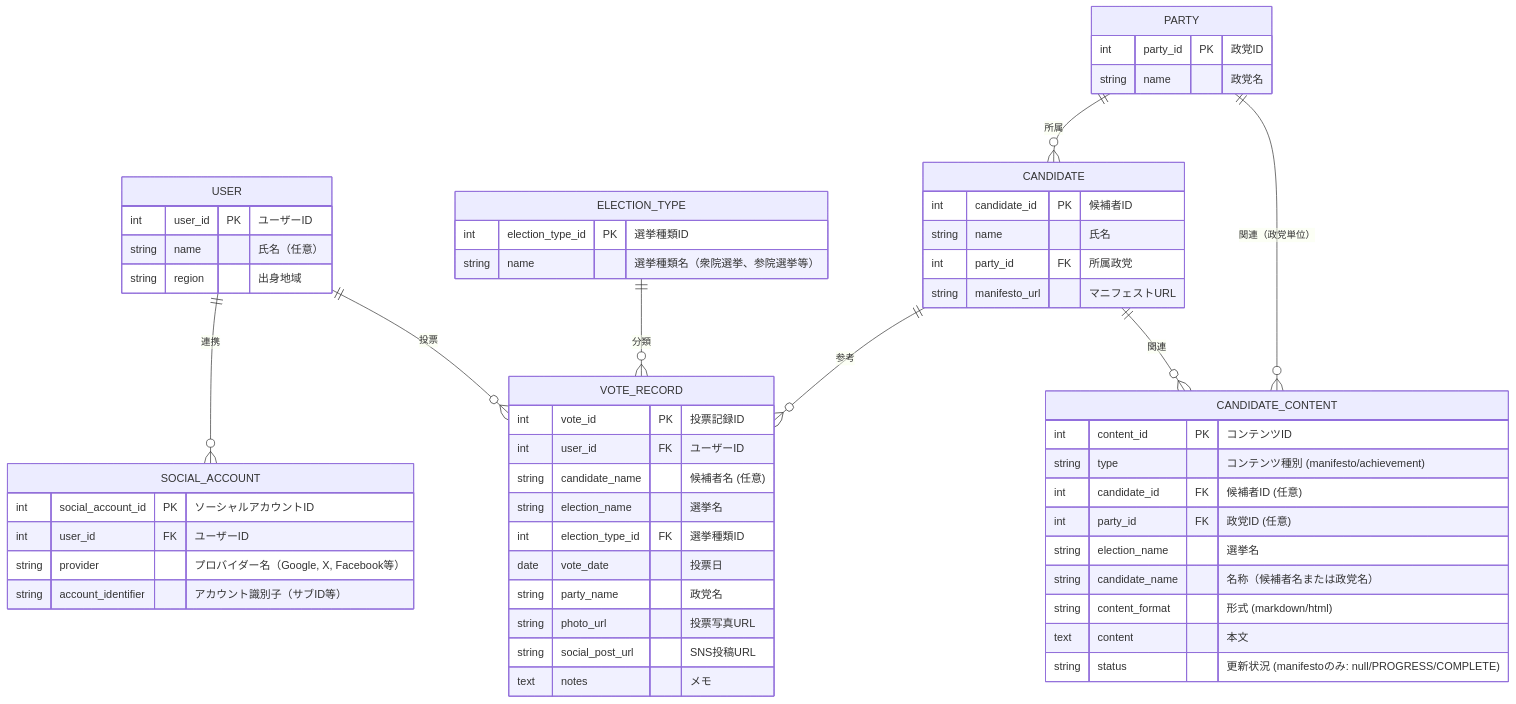
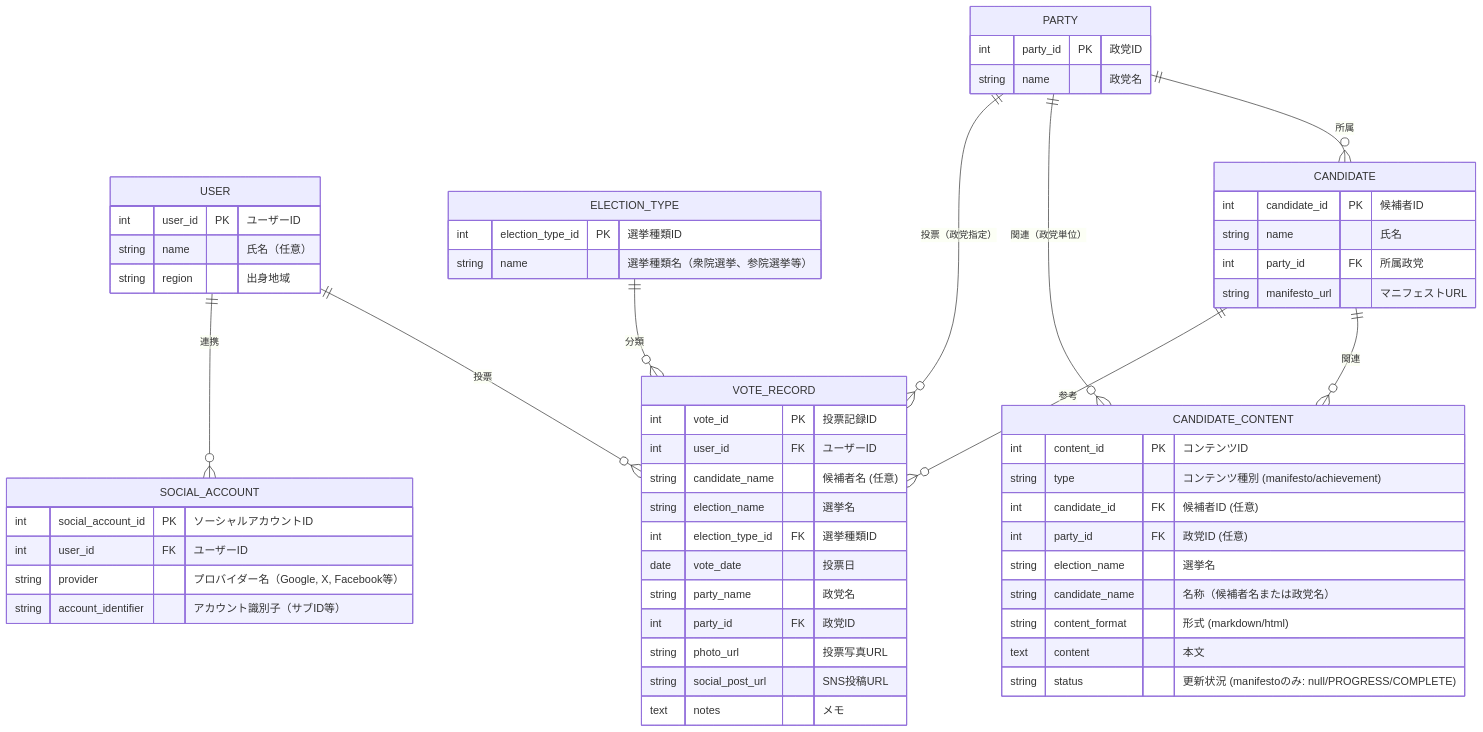
Before and after one commit to papettoTV/my-tohyo: the diagram in doc/ER.md, drawn with Mermaid. The commit also changed other lines of this file and 1 other file, not shown here.

````diff
--- a/doc/ER.md
+++ b/doc/ER.md
@@ -5,59 +5,61 @@
 ```mermaid
 erDiagram
     USER {
         int user_id PK "ユーザーID"
         string name "氏名（任意）"
         string region "出身地域"
     }
     SOCIAL_ACCOUNT {
         int social_account_id PK "ソーシャルアカウントID"
         int user_id FK "ユーザーID"
         string provider "プロバイダー名（Google, X, Facebook等）"
         string account_identifier "アカウント識別子（サブID等）"
     }
     ELECTION_TYPE {
         int election_type_id PK "選挙種類ID"
         string name "選挙種類名（衆院選挙、参院選挙等）"
     }
     PARTY {
         int party_id PK "政党ID"
         string name "政党名"
     }
     CANDIDATE {
         int candidate_id PK "候補者ID"
         string name "氏名"
         int party_id FK "所属政党"
         string manifesto_url "マニフェストURL"
     }
     CANDIDATE_CONTENT {
         int content_id PK "コンテンツID"
         string type "コンテンツ種別 (manifesto/achievement)"
         int candidate_id FK "候補者ID (任意)"
         int party_id FK "政党ID (任意)"
         string election_name "選挙名"
         string candidate_name "名称（候補者名または政党名）"
         string content_format "形式 (markdown/html)"
         text content "本文"
         string status "更新状況 (manifestoのみ: null/PROGRESS/COMPLETE)"
     }
     VOTE_RECORD {
         int vote_id PK "投票記録ID"
         int user_id FK "ユーザーID"
         string candidate_name "候補者名 (任意)"
         string election_name "選挙名"
         int election_type_id FK "選挙種類ID"
         date vote_date "投票日"
         string party_name "政党名"
+        int party_id FK "政党ID"
         string photo_url "投票写真URL"
         string social_post_url "SNS投稿URL"
         text notes "メモ"
     }
 
     USER ||--o{ SOCIAL_ACCOUNT : "連携"
     USER ||--o{ VOTE_RECORD : "投票"
     ELECTION_TYPE ||--o{ VOTE_RECORD : "分類"
     CANDIDATE ||--o{ VOTE_RECORD : "参考"
+    PARTY ||--o{ VOTE_RECORD : "投票（政党指定）"
     CANDIDATE ||--o{ CANDIDATE_CONTENT : "関連"
     PARTY ||--o{ CANDIDATE_CONTENT : "関連（政党単位）"
     PARTY ||--o{ CANDIDATE : "所属"
 ```
````
